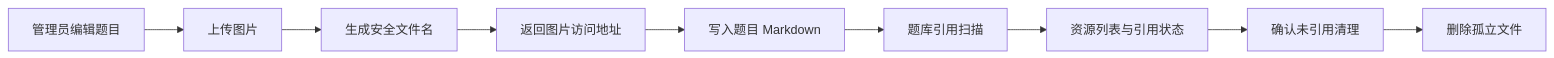
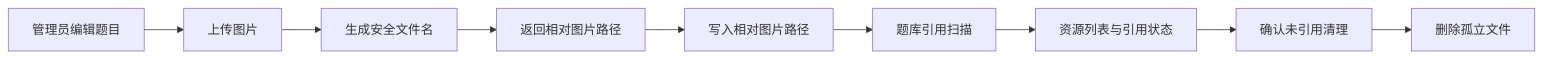
One commit to ddll8023/408web changed the diagram in doc/模块/图片资源治理模块开发设计.md. Above: the diagram before and after it, drawn with Mermaid. The commit also changed other lines of this file and 7 other files, not shown here.

````diff
--- a/doc/模块/图片资源治理模块开发设计.md
+++ b/doc/模块/图片资源治理模块开发设计.md
@@ -86,11 +88,11 @@
 ```mermaid
 flowchart LR
     E[管理员编辑题目] --> U[上传图片]
     U --> F[生成安全文件名]
-    F --> I[返回图片访问地址]
-    I --> M[写入题目 Markdown]
+    F --> I[返回相对图片路径]
+    I --> M[写入相对图片路径]
     M --> R[题库引用扫描]
     R --> L[资源列表与引用状态]
     L --> C[确认未引用清理]
     C --> D[删除孤立文件]
 ```
````
